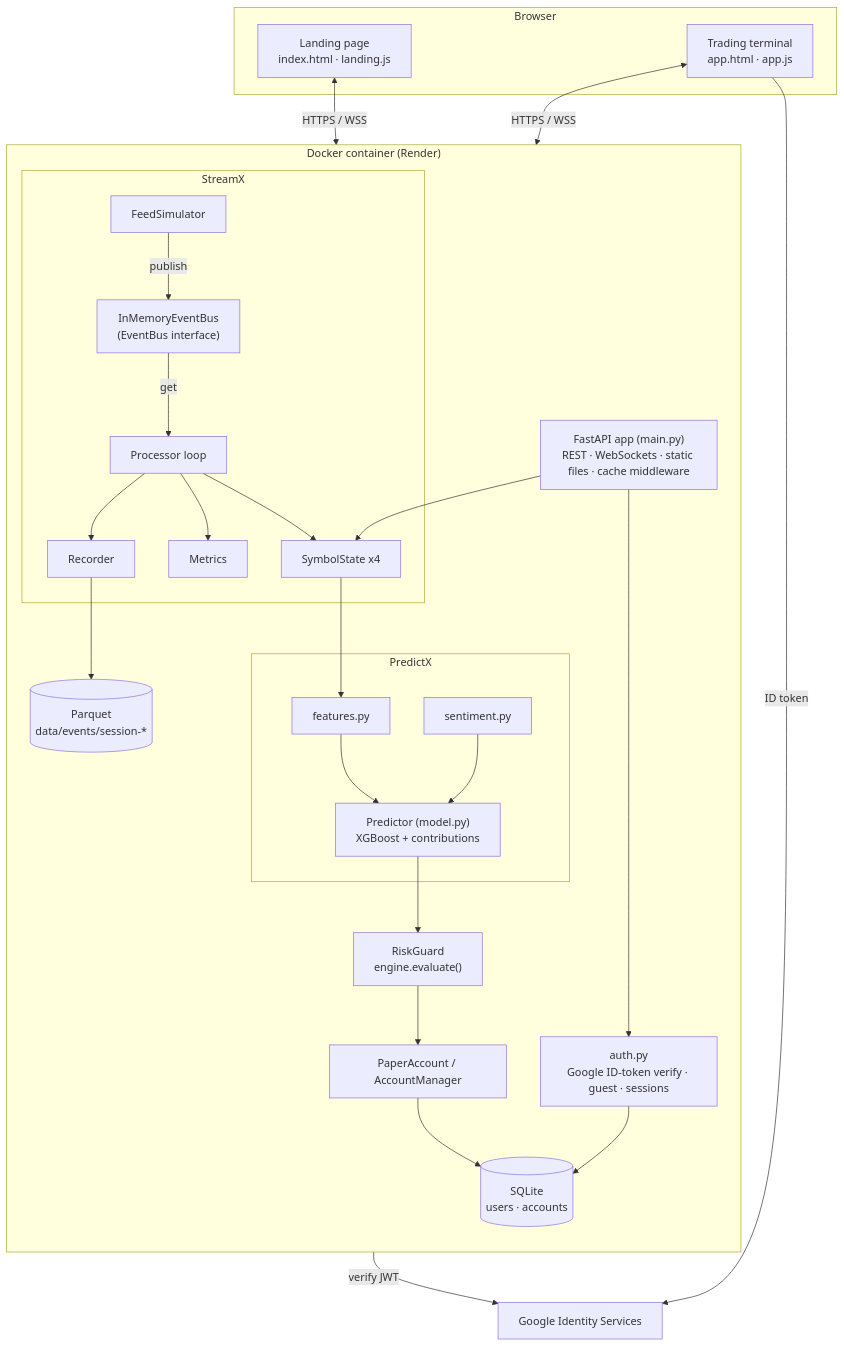
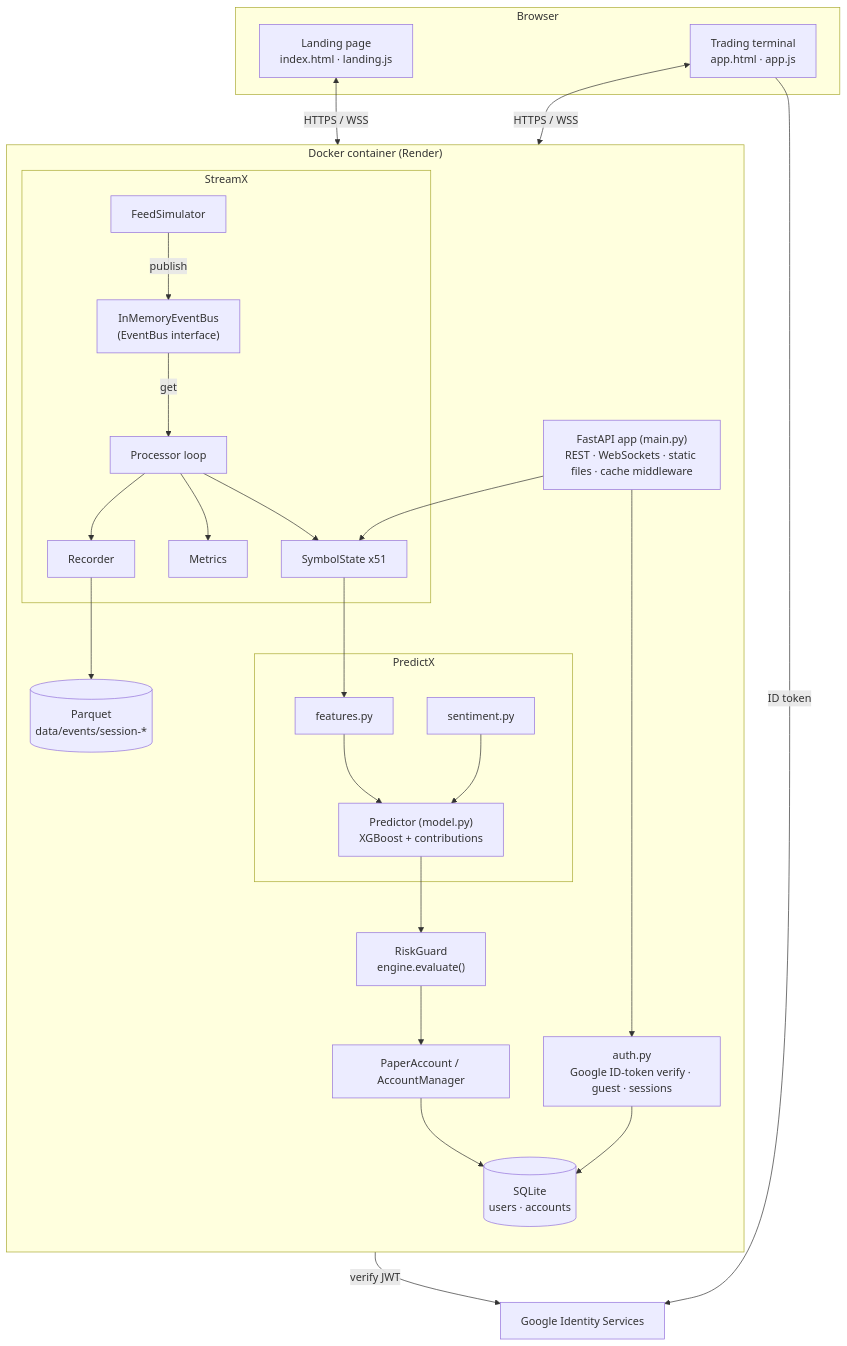
One commit to rohan911438/TradeMind-AI changed the first of 2 diagrams in docs/03_System_Architecture.md. Above: the diagram before and after it, drawn with Mermaid. The commit also changed other lines of this file and 7 other files, not shown here.

````diff
--- a/docs/03_System_Architecture.md
+++ b/docs/03_System_Architecture.md
@@ -7,45 +7,45 @@
 ```mermaid
 flowchart TB
     subgraph Browser
         LP["Landing page<br/>index.html · landing.js"]
         APP["Trading terminal<br/>app.html · app.js"]
     end
 
     subgraph Container["Docker container (Render)"]
         direction TB
         API["FastAPI app (main.py)<br/>REST · WebSockets · static files · cache middleware"]
         AUTH["auth.py<br/>Google ID-token verify · guest · sessions"]
 
         subgraph StreamX
             SIM["FeedSimulator"] -->|publish| BUS["InMemoryEventBus<br/>(EventBus interface)"]
             BUS -->|get| PROC["Processor loop"]
-            PROC --> ST["SymbolState x4"]
+            PROC --> ST["SymbolState x51"]
             PROC --> MET["Metrics"]
             PROC --> REC["Recorder"]
         end
 
         subgraph PredictX
             FEAT["features.py"] --> MOD["Predictor (model.py)<br/>XGBoost + contributions"]
             SENT["sentiment.py"] --> MOD
         end
 
         RG["RiskGuard<br/>engine.evaluate()"]
         BRK["PaperAccount / AccountManager"]
         DB[("SQLite<br/>users · accounts")]
         PQ[("Parquet<br/>data/events/session-*")]
     end
 
     GOOGLE["Google Identity Services"]
 
     LP & APP <-->|HTTPS / WSS| API
     APP -->|ID token| GOOGLE
     API --> AUTH
     AUTH -->|verify JWT| GOOGLE
     API --> ST
     ST --> FEAT
     MOD --> RG
     RG --> BRK
     BRK --> DB
     AUTH --> DB
     REC --> PQ
 ```
````
